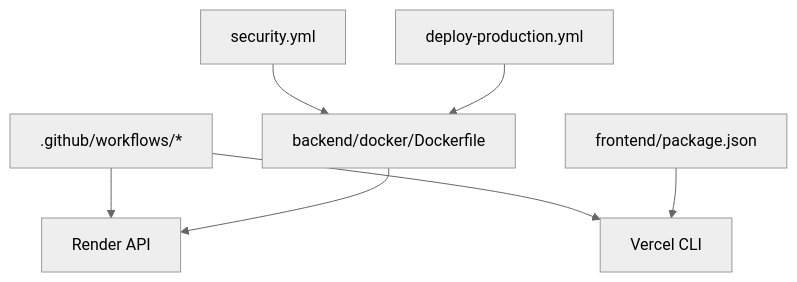
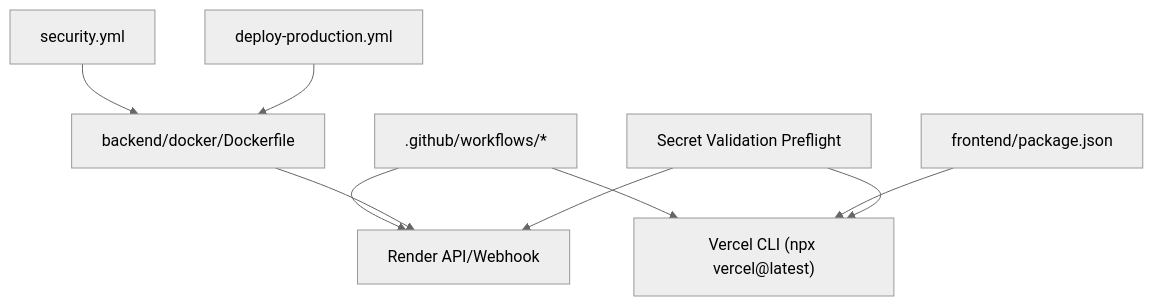
Before and after one commit to rohitkumarnaidu/-Auto-AI-Automated-Academic-Docx-Manuscript-Formatter: the eighth of 8 diagrams in .qoder/repowiki/en/content/Deployment & Operations/CI_CD Pipeline.md, drawn with Mermaid (neutral theme). The commit also changed other lines of this file and 5 other files, not shown here.

````diff
--- a/.qoder/repowiki/en/content/Deployment & Operations/CI_CD Pipeline.md
+++ b/.qoder/repowiki/en/content/Deployment & Operations/CI_CD Pipeline.md
@@ -312,9 +346,11 @@
 ```mermaid
 graph TB
-GH[".github/workflows/*"] --> RND["Render API"]
-GH --> VCD["Vercel CLI"]
+GH[".github/workflows/*"] --> RND["Render API/Webhook"]
+GH --> VCD["Vercel CLI (npx vercel@latest)"]
 SEC["security.yml"] --> IMG["backend/docker/Dockerfile"]
 DP["deploy-production.yml"] --> IMG
 IMG --> RND
 FE_PKG["frontend/package.json"] --> VCD
+PREF["Secret Validation Preflight"] --> RND
+PREF --> VCD
 ```
````
